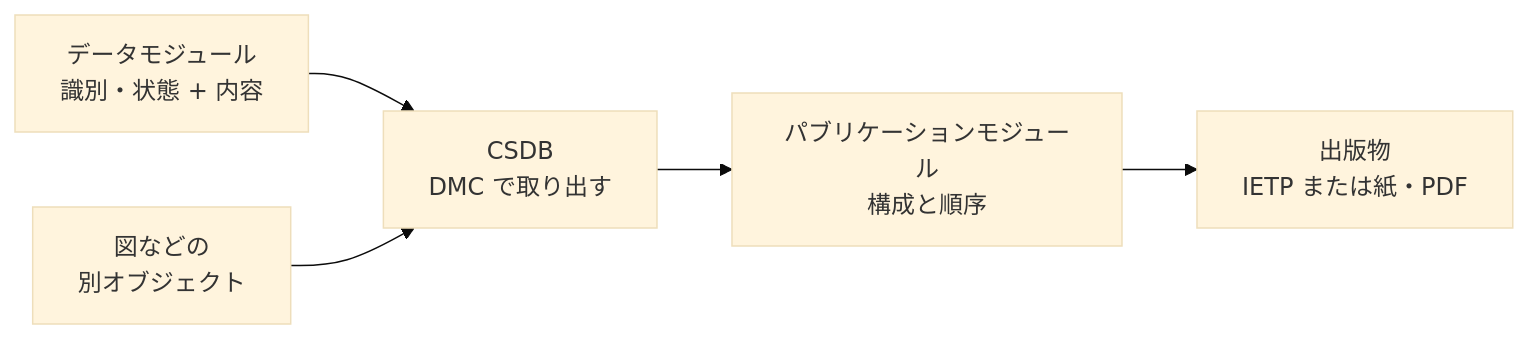
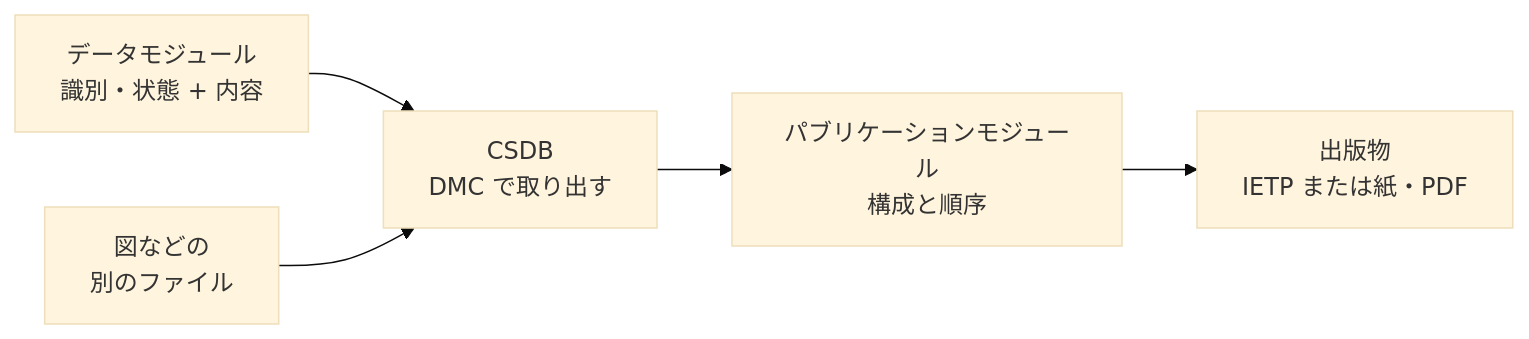
The diagram in books/ietm-overview/s1000d-basics.md (shuji-bonji/zenn-articles), drawn with Mermaid (base theme) before and after one commit. The commit also changed other lines of this file, not shown here.

````diff
--- a/books/ietm-overview/s1000d-basics.md
+++ b/books/ietm-overview/s1000d-basics.md
@@ -115,12 +115,12 @@
 ```mermaid
 flowchart LR
   DM["データモジュール<br/>識別・状態 + 内容"]
-  FIG["図などの<br/>別オブジェクト"]
+  FIG["図などの<br/>別のファイル"]
   CSDB["CSDB<br/>DMC で取り出す"]
   PM["パブリケーションモジュール<br/>構成と順序"]
   OUT["出版物<br/>IETP または紙・PDF"]
   DM --> CSDB
   FIG --> CSDB
   CSDB --> PM
   PM --> OUT
 ```
````
